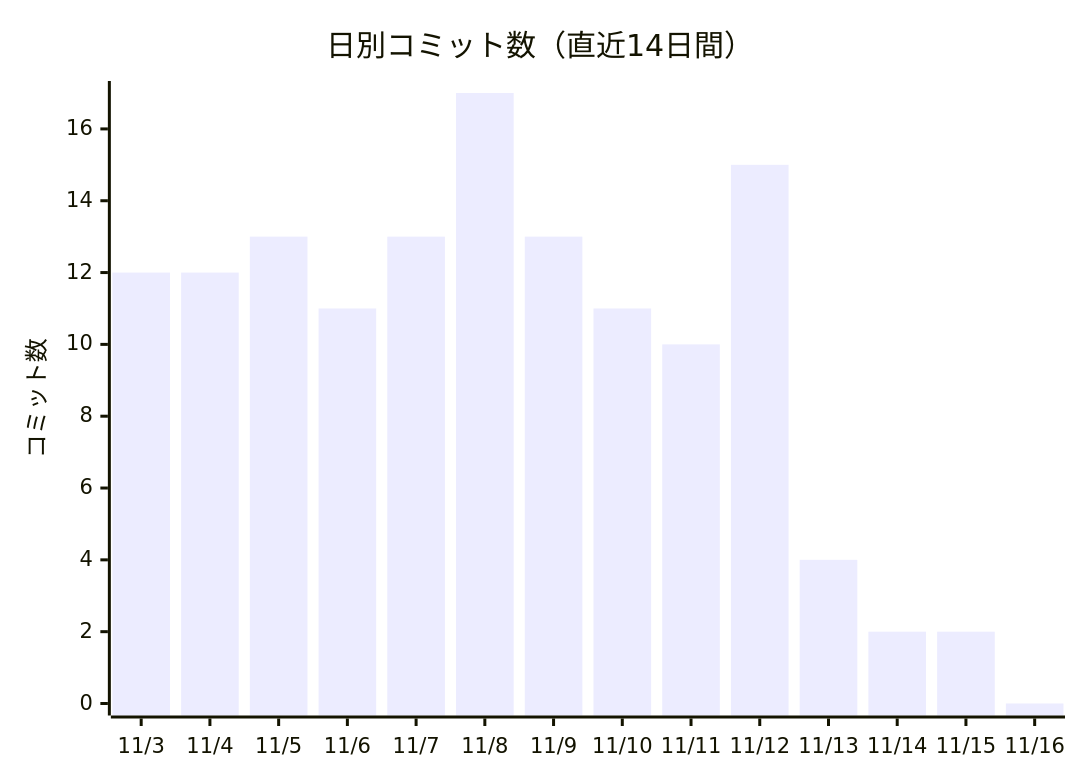
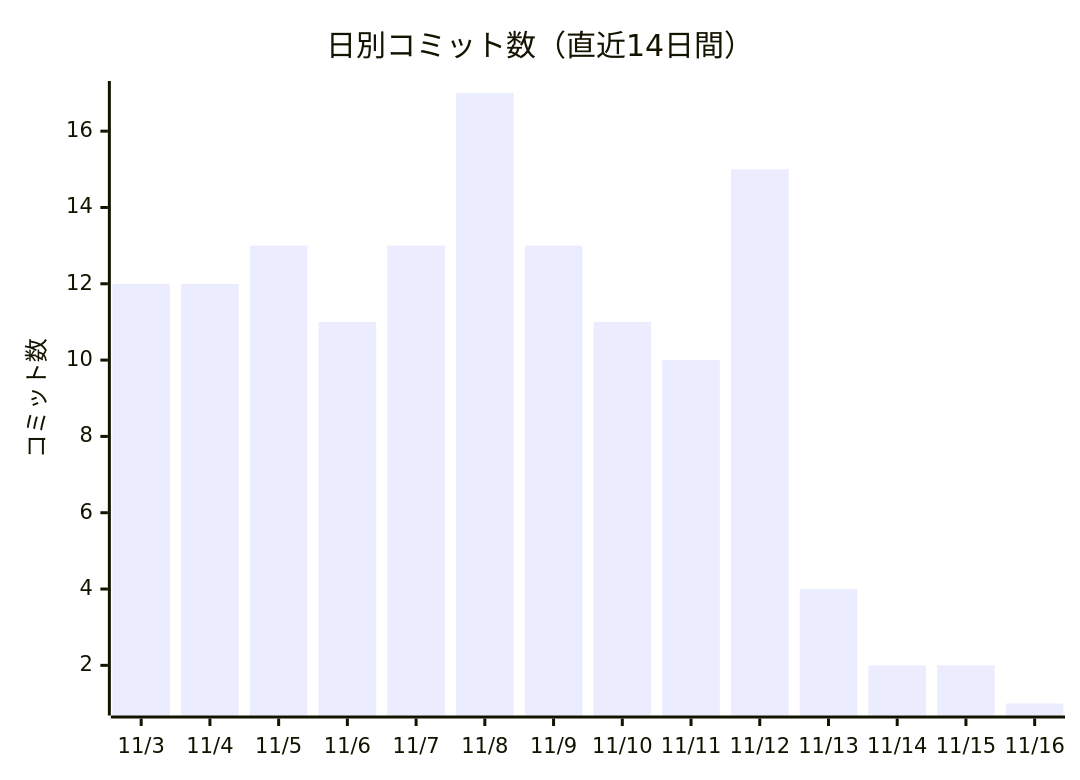
The first of 2 diagrams in docs/進化レポート.md (non-x2/non-x2), drawn with Mermaid before and after one commit. The commit also changed other lines of this file and 1 other file, not shown here.

````diff
--- a/docs/進化レポート.md
+++ b/docs/進化レポート.md
@@ -25,7 +25,7 @@
 ```mermaid
 xychart-beta
     title "日別コミット数（直近14日間）"
     x-axis ["11/3", "11/4", "11/5", "11/6", "11/7", "11/8", "11/9", "11/10", "11/11", "11/12", "11/13", "11/14", "11/15", "11/16"]
     y-axis "コミット数"
-    bar [12, 12, 13, 11, 13, 17, 13, 11, 10, 15, 4, 2, 2, 0]
+    bar [12, 12, 13, 11, 13, 17, 13, 11, 10, 15, 4, 2, 2, 1]
 ```
````
